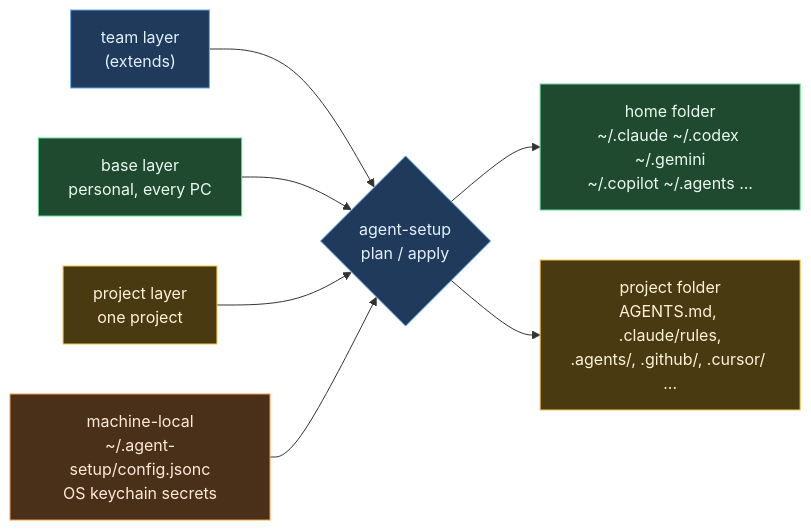
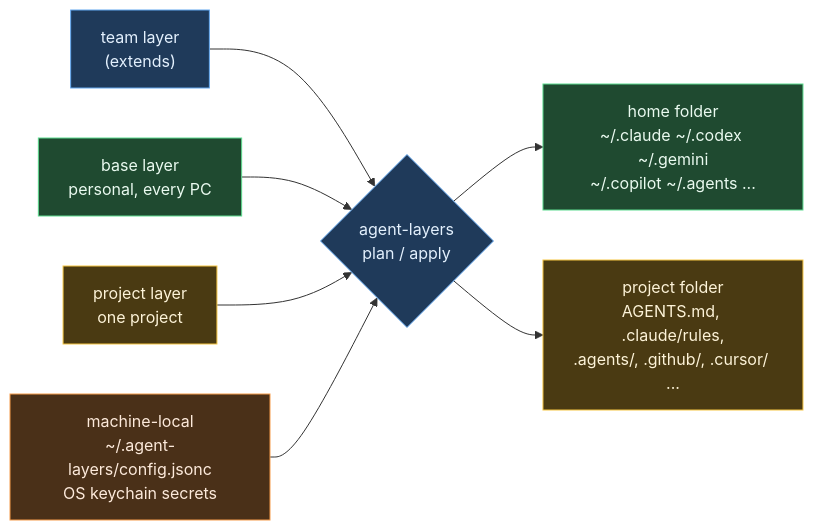
Before and after one commit to dongple-ex/agent-layers: the diagram in README.md, drawn with Mermaid. The commit also changed other lines of this file and 31 other files, not shown here.

First line of the commit message:
Rename the tool to agent-layers and prepare the npm release

````diff
--- a/README.md
+++ b/README.md
@@ -36,16 +36,16 @@
 ```mermaid
 flowchart LR
-  T["team layer<br/>(extends)"] --> M{"agent-setup<br/>plan / apply"}
+  T["team layer<br/>(extends)"] --> M{"agent-layers<br/>plan / apply"}
   B["base layer<br/>personal, every PC"] --> M
   P["project layer<br/>one project"] --> M
-  L["machine-local<br/>~/.agent-setup/config.jsonc<br/>OS keychain secrets"] --> M
+  L["machine-local<br/>~/.agent-layers/config.jsonc<br/>OS keychain secrets"] --> M
   M --> U["home folder<br/>~/.claude ~/.codex ~/.gemini<br/>~/.copilot ~/.agents ..."]
   M --> R["project folder<br/>AGENTS.md, .claude/rules,<br/>.agents/, .github/, .cursor/ ..."]
   style T fill:#1f3a5a,stroke:#63a8f0,color:#e3f0fd
   style B fill:#1f4a30,stroke:#5ddb8f,color:#eafaf0
   style P fill:#4a3a12,stroke:#f5c542,color:#fdf3d8
   style L fill:#4a3018,stroke:#f59b4a,color:#fdeadb
   style M fill:#1f3a5a,stroke:#63a8f0,color:#e3f0fd
   style U fill:#1f4a30,stroke:#5ddb8f,color:#eafaf0
   style R fill:#4a3a12,stroke:#f5c542,color:#fdf3d8
 ```
````
